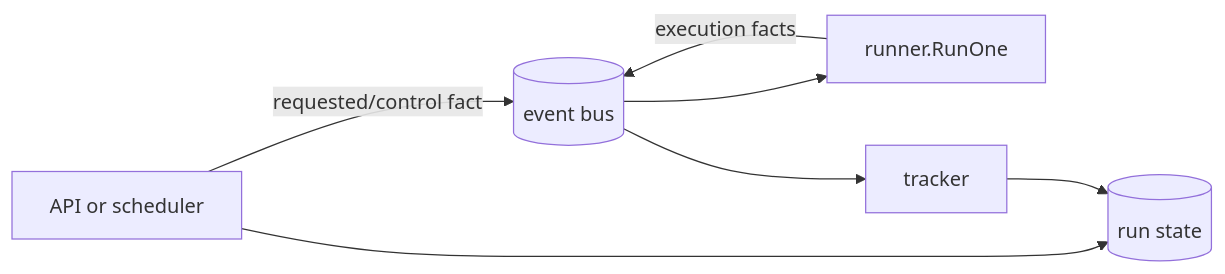
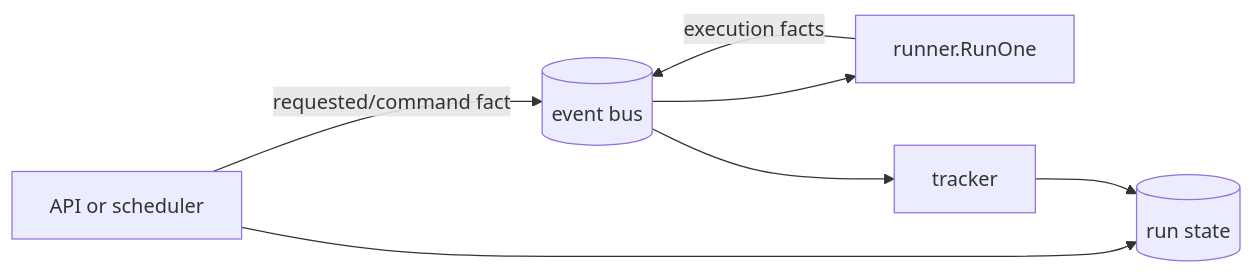
Before and after one commit to galaxy-io/filament: the diagram in docs/pages/guides/concepts/architecture.mdx, drawn with Mermaid. The commit also changed other lines of this file and 14 other files, not shown here.

````diff
--- a/docs/pages/guides/concepts/architecture.mdx
+++ b/docs/pages/guides/concepts/architecture.mdx
@@ -88,9 +91,9 @@
 ```mermaid
 flowchart LR
     API[API or scheduler] --> State[(run state)]
-    API -- requested/control fact --> Bus[(event bus)]
+    API -- requested/command fact --> Bus[(event bus)]
     Bus --> Runner[runner.RunOne]
     Runner -- execution facts --> Bus
     Bus --> Tracker[tracker]
     Tracker --> State
 ```
````
